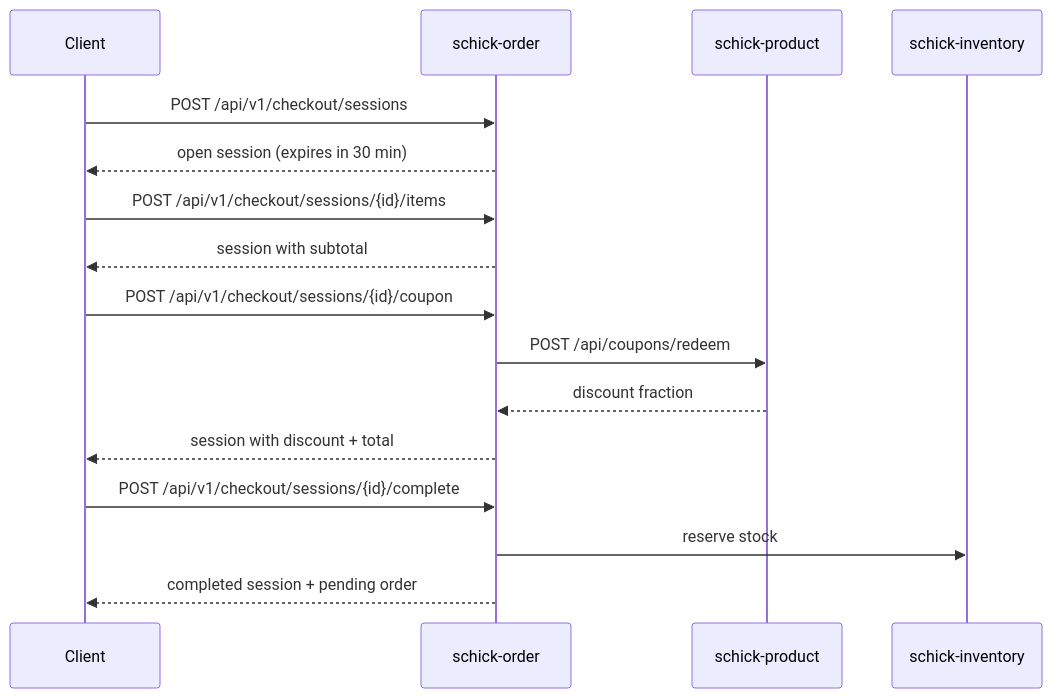
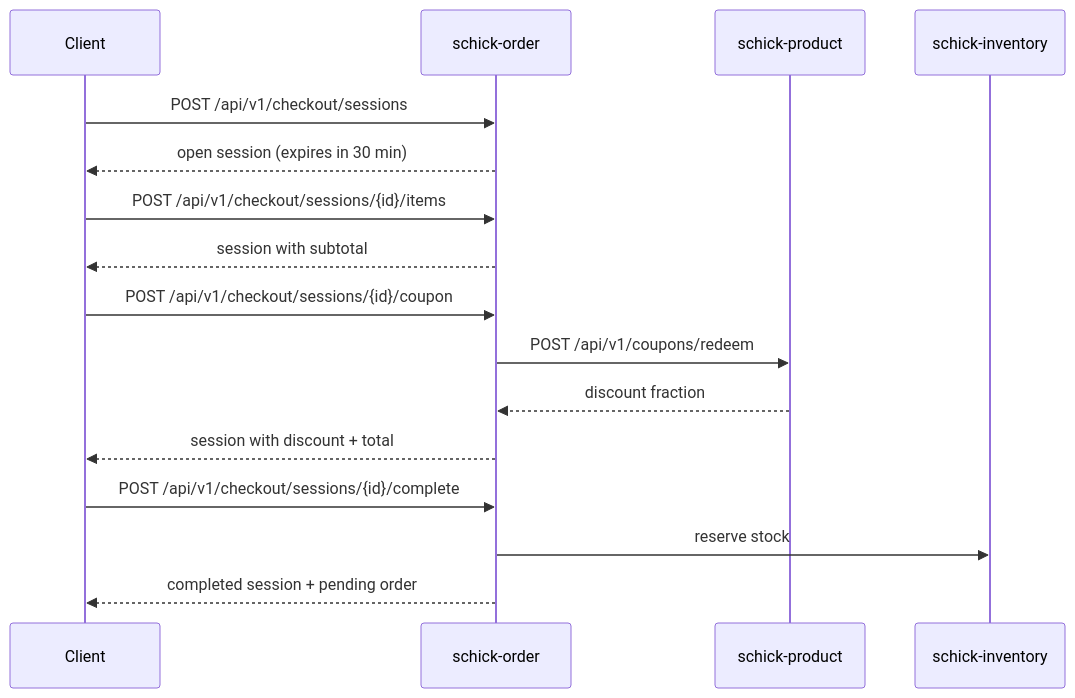
Before and after one commit to elug3/dupli1: the diagram in docs/checkout-session.md, drawn with Mermaid. The commit also changed 11 other files, not shown here.

First line of the commit message:
Migrate product and coupon routes to /api/v1

````diff
--- a/docs/checkout-session.md
+++ b/docs/checkout-session.md
@@ -9,22 +9,22 @@
 ```mermaid
 sequenceDiagram
     participant Client
     participant Order as schick-order
     participant Product as schick-product
     participant Inventory as schick-inventory
 
     Client->>Order: POST /api/v1/checkout/sessions
     Order-->>Client: open session (expires in 30 min)
 
     Client->>Order: POST /api/v1/checkout/sessions/{id}/items
     Order-->>Client: session with subtotal
 
     Client->>Order: POST /api/v1/checkout/sessions/{id}/coupon
-    Order->>Product: POST /api/coupons/redeem
+    Order->>Product: POST /api/v1/coupons/redeem
     Product-->>Order: discount fraction
     Order-->>Client: session with discount + total
 
     Client->>Order: POST /api/v1/checkout/sessions/{id}/complete
     Order->>Inventory: reserve stock
     Order-->>Client: completed session + pending order
 ```
````
